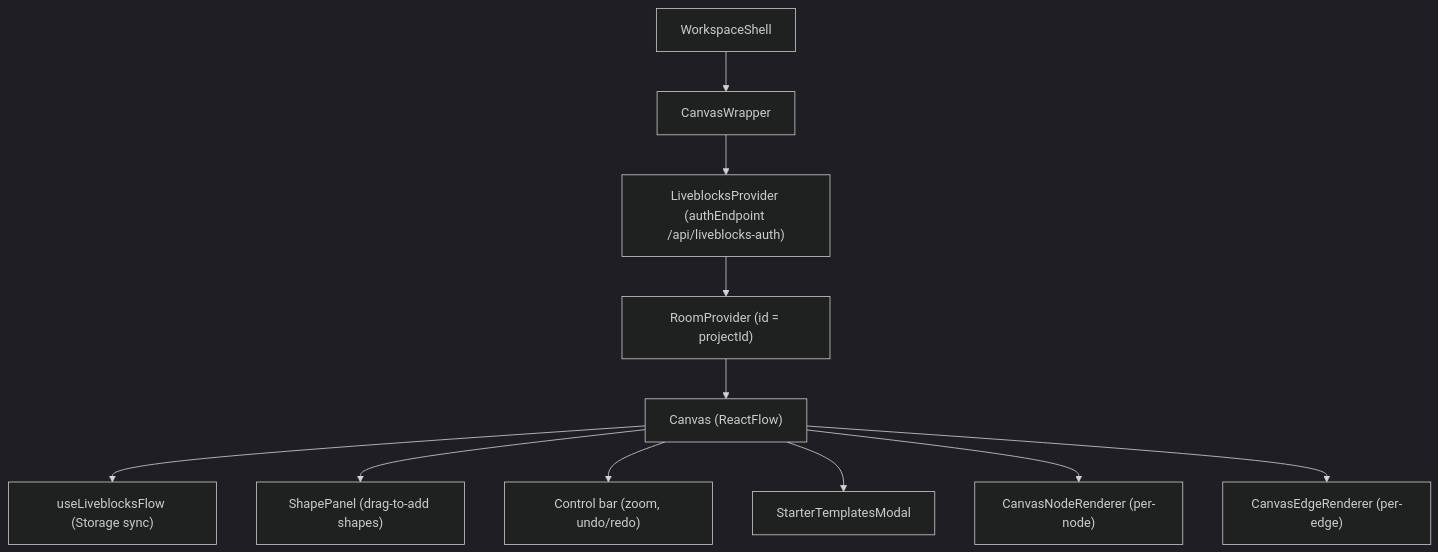
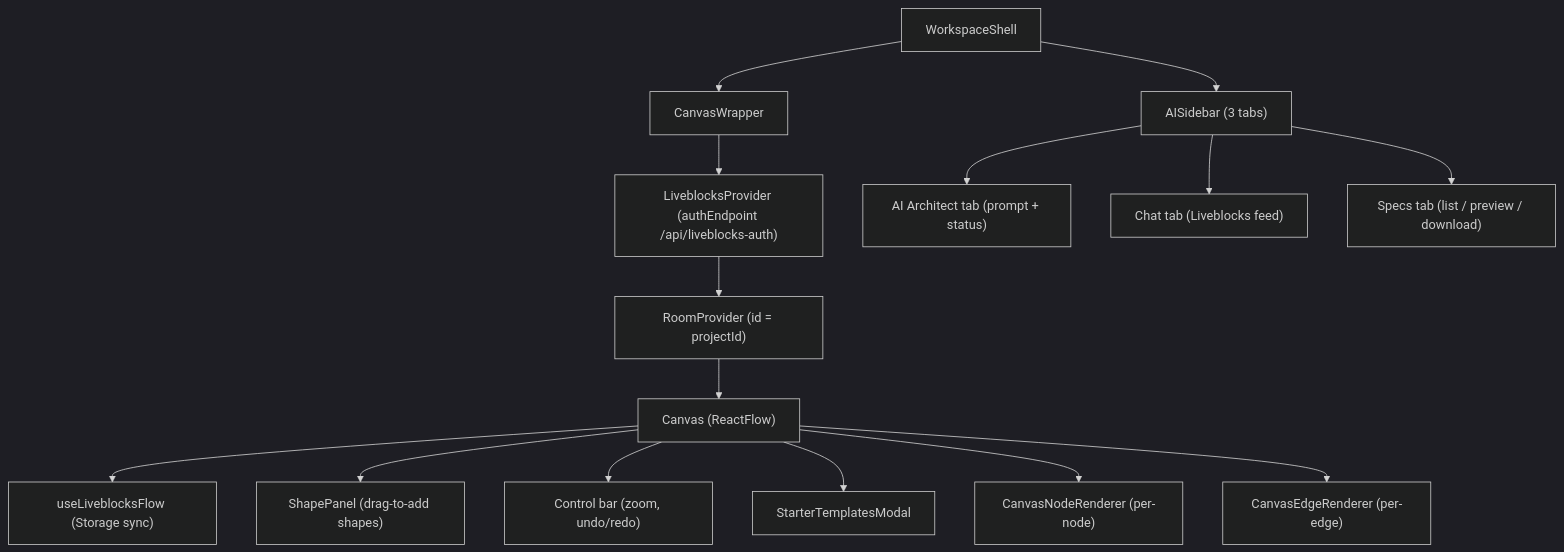
The fifth of 6 diagrams in docs/architecture.md (shaynemeyer/ghost-ai), drawn with Mermaid (dark theme) before and after one commit. The commit also changed other lines of this file and 2 other files, not shown here.

````diff
--- a/docs/architecture.md
+++ b/docs/architecture.md
@@ -221,13 +306,17 @@
 ```mermaid
 graph TD
     WorkspaceShell["WorkspaceShell"] --> CanvasWrapper["CanvasWrapper"]
+    WorkspaceShell --> AISidebar["AISidebar (3 tabs)"]
     CanvasWrapper --> LiveblocksProvider["LiveblocksProvider (authEndpoint /api/liveblocks-auth)"]
     LiveblocksProvider --> RoomProvider["RoomProvider (id = projectId)"]
     RoomProvider --> Canvas["Canvas (ReactFlow)"]
     Canvas --> useLiveblocksFlow["useLiveblocksFlow (Storage sync)"]
     Canvas --> ShapePanel["ShapePanel (drag-to-add shapes)"]
     Canvas --> ControlBar["Control bar (zoom, undo/redo)"]
     Canvas --> StarterTemplatesModal["StarterTemplatesModal"]
     Canvas --> CanvasNodeRenderer["CanvasNodeRenderer (per-node)"]
     Canvas --> CanvasEdgeRenderer["CanvasEdgeRenderer (per-edge)"]
+    AISidebar --> DesignTab["AI Architect tab (prompt + status)"]
+    AISidebar --> ChatTab["Chat tab (Liveblocks feed)"]
+    AISidebar --> SpecsTab["Specs tab (list / preview / download)"]
 ```
````
